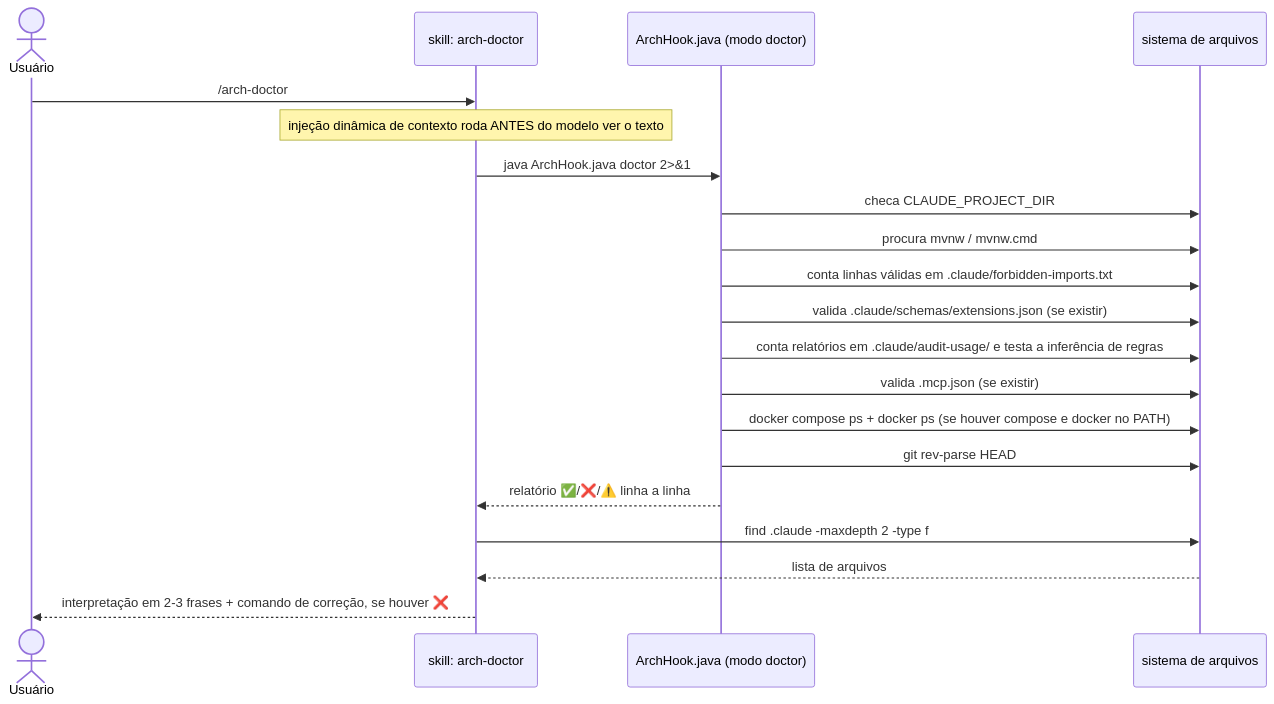
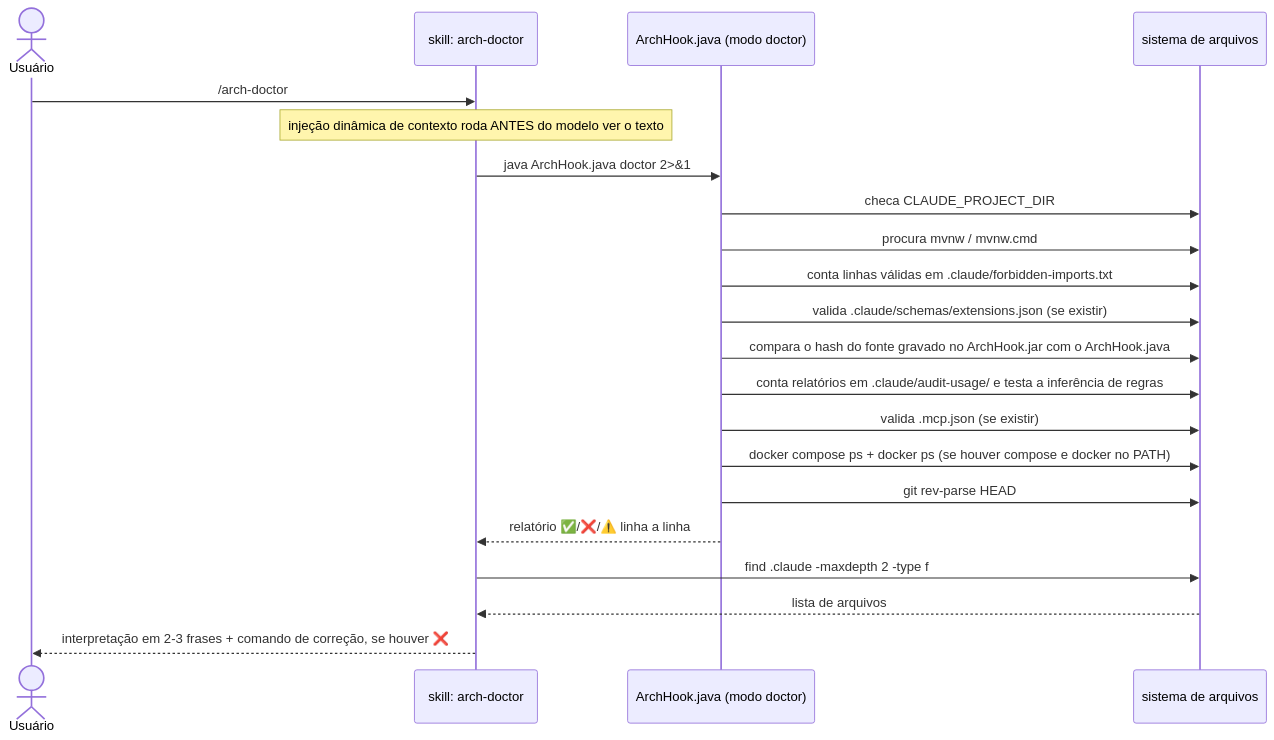
Before and after one commit to ice-lfernandes/claude-spring-architect: the diagram in docs/pt-br/04-arch-doctor.md, drawn with Mermaid. The commit also changed other lines of this file and 29 other files, not shown here.

````diff
--- a/docs/pt-br/04-arch-doctor.md
+++ b/docs/pt-br/04-arch-doctor.md
@@ -37,23 +37,24 @@
 ```mermaid
 sequenceDiagram
     actor U as Usuário
     participant CMD as skill: arch-doctor
     participant HOOK as ArchHook.java (modo doctor)
     participant FS as sistema de arquivos
 
     U->>CMD: /arch-doctor
     Note over CMD: injeção dinâmica de contexto roda ANTES do modelo ver o texto
     CMD->>HOOK: java ArchHook.java doctor 2>&1
     HOOK->>FS: checa CLAUDE_PROJECT_DIR
     HOOK->>FS: procura mvnw / mvnw.cmd
     HOOK->>FS: conta linhas válidas em .claude/forbidden-imports.txt
     HOOK->>FS: valida .claude/schemas/extensions.json (se existir)
+    HOOK->>FS: compara o hash do fonte gravado no ArchHook.jar com o ArchHook.java
     HOOK->>FS: conta relatórios em .claude/audit-usage/ e testa a inferência de regras
     HOOK->>FS: valida .mcp.json (se existir)
     HOOK->>FS: docker compose ps + docker ps (se houver compose e docker no PATH)
     HOOK->>FS: git rev-parse HEAD
     HOOK-->>CMD: relatório ✅/❌/⚠️ linha a linha
     CMD->>FS: find .claude -maxdepth 2 -type f
     FS-->>CMD: lista de arquivos
     CMD-->>U: interpretação em 2-3 frases + comando de correção, se houver ❌
 ```
````
